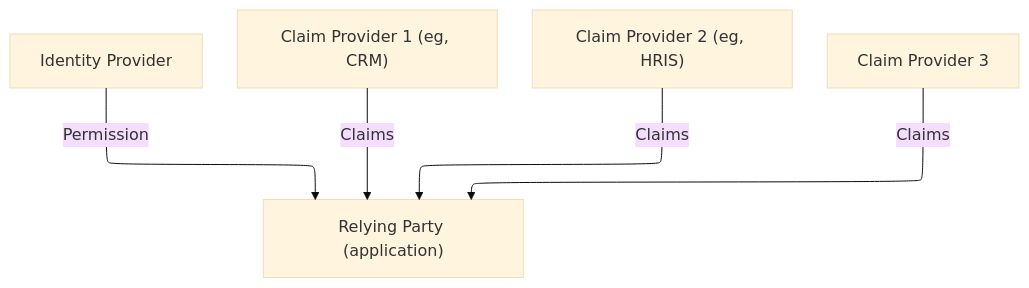
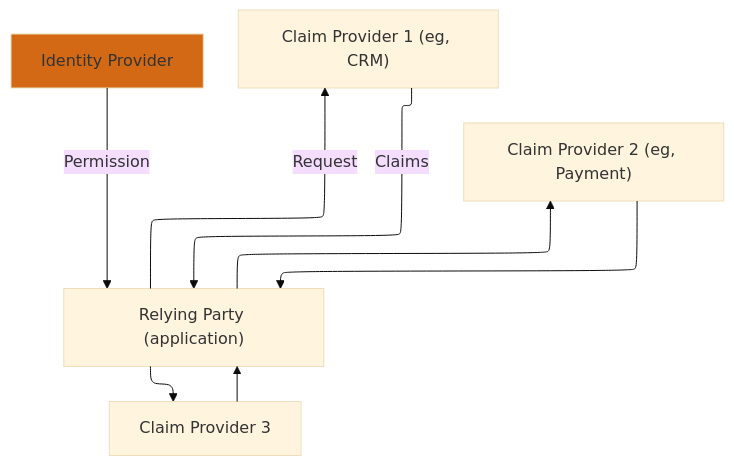
Before and after one commit to mffap/aboutauth: the first of 2 diagrams in docs/learn/oidc/12-aggregated-and-distributed-claims.md, drawn with Mermaid (base theme). The commit also changed other lines of this file, not shown here.

````diff
--- a/docs/learn/oidc/12-aggregated-and-distributed-claims.md
+++ b/docs/learn/oidc/12-aggregated-and-distributed-claims.md
@@ -17,7 +17,8 @@
 ```mermaid
 flowchart-elk TB
-    IdP[Identity Provider] -- Permission --> RP
-    CP1["Claim Provider 1 (eg, CRM)"] -- Claims --> RP["Relying Party (application)"]
-    CP2["Claim Provider 2 (eg, HRIS)"] -- Claims --> RP
-    CP3[Claim Provider 3] -- Claims --> RP
+    IdP[Identity Provider]:::solidBox -- Permission --> RP
+    RP -- Request --> CP1["Claim Provider 1 (eg, CRM)"] -- Claims --> RP["Relying Party (application)"]
+    RP --> CP2["Claim Provider 2 (eg, Payment)"] --> RP
+    RP --> CP3[Claim Provider 3] --> RP
+    classDef solidBox fill:#D36915;
 ```
````
